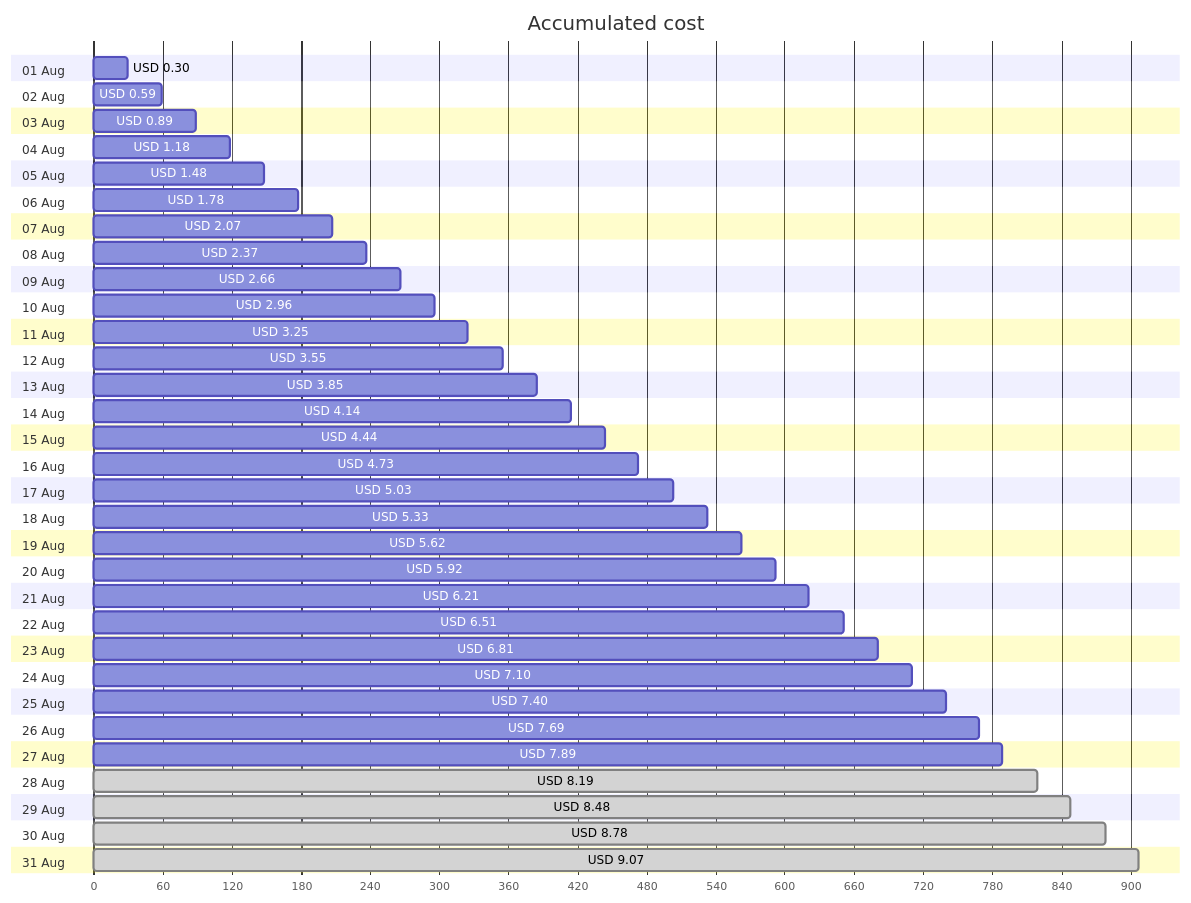
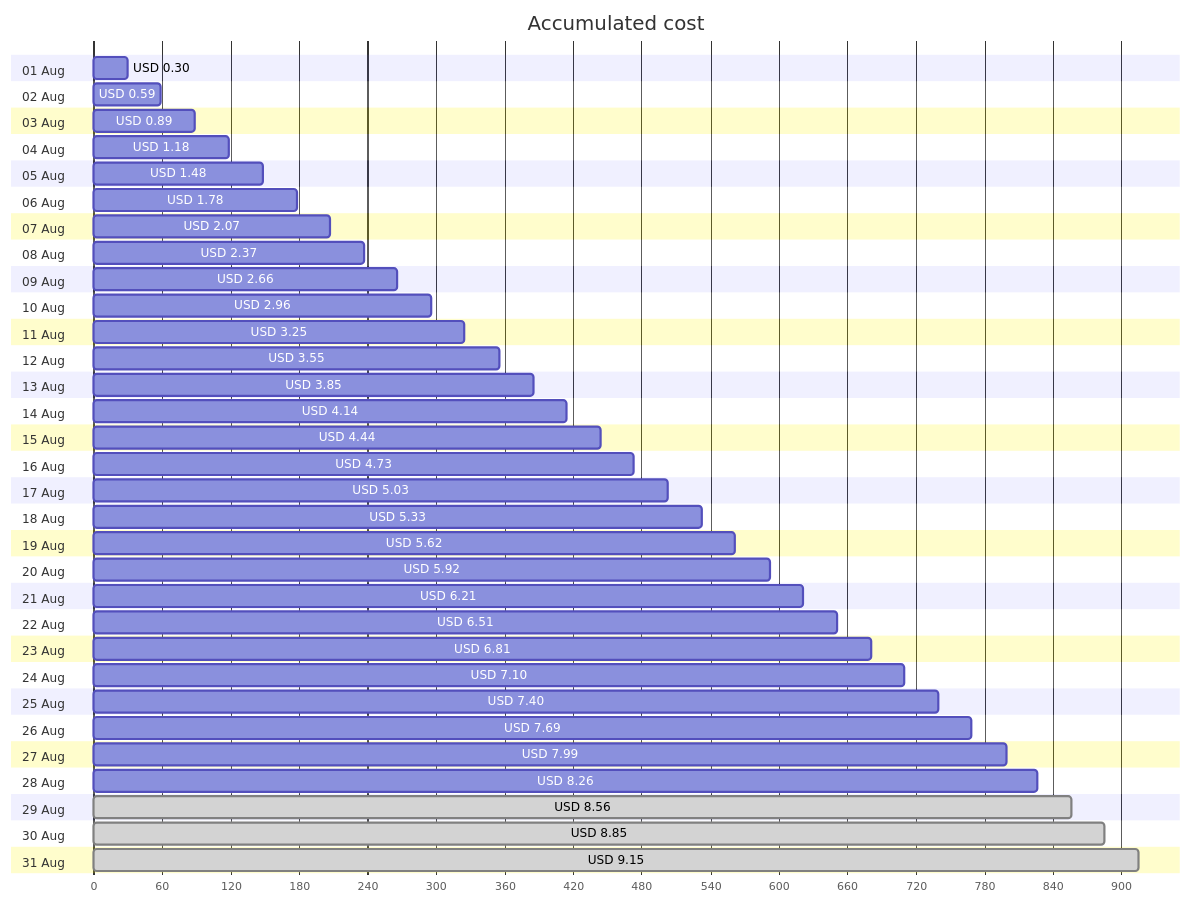
One commit to jpfulton/azure-personal-reports changed the first of 4 diagrams in cost-reports/personal-site/personal-site-preview.md. Above: the diagram before and after it, drawn with Mermaid. The commit also changed other lines of this file and 6 other files, not shown here.

````diff
--- a/cost-reports/personal-site/personal-site-preview.md
+++ b/cost-reports/personal-site/personal-site-preview.md
@@ -20,68 +20,68 @@
 ```mermaid
 gantt
    title Accumulated cost
    dateFormat  X
    axisFormat %s
    section 01 Aug
    USD 0.30 :0, 30
    section 02 Aug
    USD 0.59 :0, 59
    section 03 Aug
    USD 0.89 :0, 89
    section 04 Aug
    USD 1.18 :0, 118
    section 05 Aug
    USD 1.48 :0, 148
    section 06 Aug
    USD 1.78 :0, 178
    section 07 Aug
    USD 2.07 :0, 207
    section 08 Aug
    USD 2.37 :0, 237
    section 09 Aug
    USD 2.66 :0, 266
    section 10 Aug
    USD 2.96 :0, 296
    section 11 Aug
    USD 3.25 :0, 325
    section 12 Aug
    USD 3.55 :0, 355
    section 13 Aug
    USD 3.85 :0, 385
    section 14 Aug
    USD 4.14 :0, 414
    section 15 Aug
    USD 4.44 :0, 444
    section 16 Aug
    USD 4.73 :0, 473
    section 17 Aug
    USD 5.03 :0, 503
    section 18 Aug
    USD 5.33 :0, 533
    section 19 Aug
    USD 5.62 :0, 562
    section 20 Aug
    USD 5.92 :0, 592
    section 21 Aug
    USD 6.21 :0, 621
    section 22 Aug
    USD 6.51 :0, 651
    section 23 Aug
    USD 6.81 :0, 681
    section 24 Aug
    USD 7.10 :0, 710
    section 25 Aug
    USD 7.40 :0, 740
    section 26 Aug
    USD 7.69 :0, 769
    section 27 Aug
-   USD 7.89 :0, 789
+   USD 7.99 :0, 799
    section 28 Aug
-   USD 8.19 : done, 0, 819
+   USD 8.26 :0, 826
    section 29 Aug
-   USD 8.48 : done, 0, 848
+   USD 8.56 : done, 0, 856
    section 30 Aug
-   USD 8.78 : done, 0, 878
+   USD 8.85 : done, 0, 885
    section 31 Aug
-   USD 9.07 : done, 0, 907
+   USD 9.15 : done, 0, 915
 ```
````
